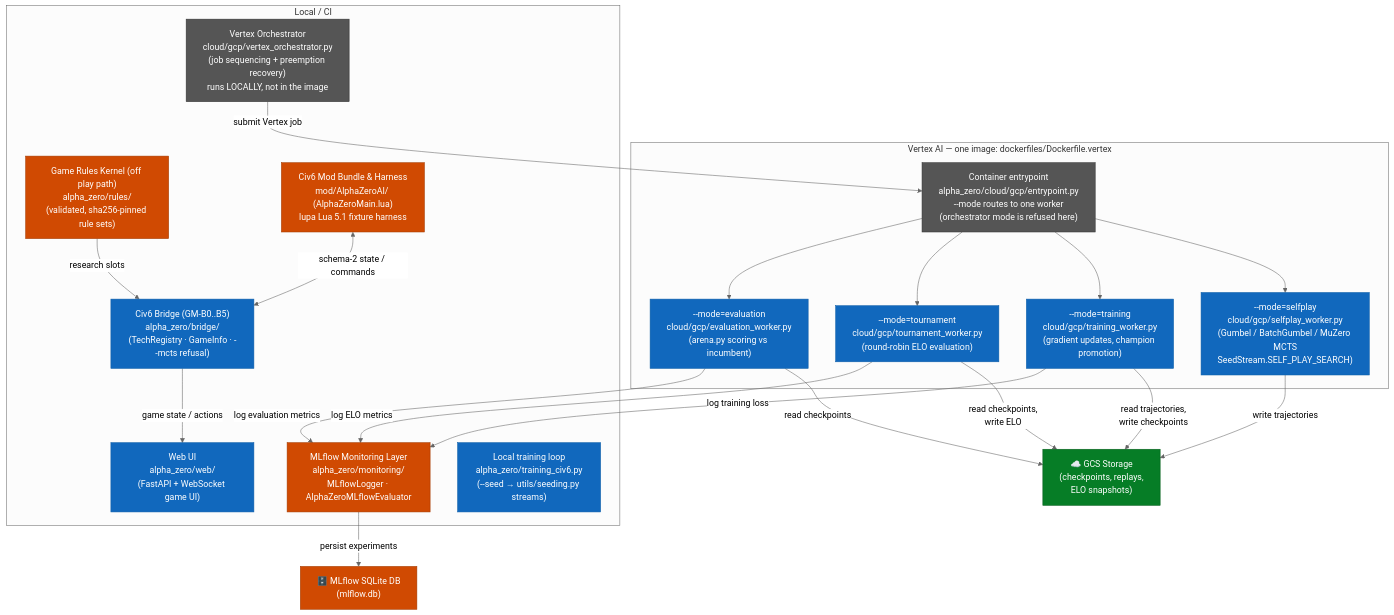
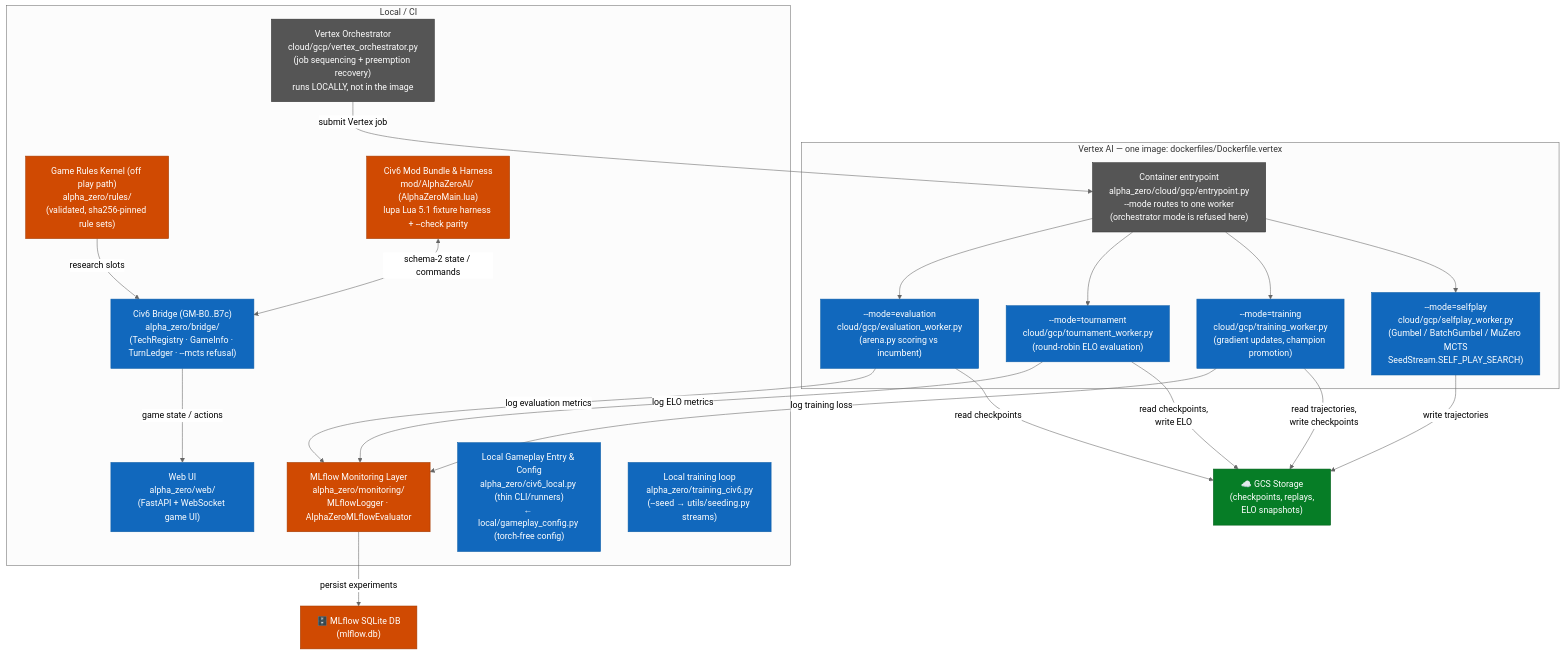
One commit to Mango-Metrics-NLM/Civ6-AlphaZero changed the second of 9 diagrams in docs/architecture/C4_ARCHITECTURE.md. Above: the diagram before and after it, drawn with Mermaid (neutral theme). The commit also changed other lines of this file and 45 other files, not shown here.

First line of the commit message:
fix(live-civ6): verify live mod parity, decompose gameplay config, and harden pre-PR gates

````diff
--- a/docs/architecture/C4_ARCHITECTURE.md
+++ b/docs/architecture/C4_ARCHITECTURE.md
@@ -68,48 +68,49 @@
 ```mermaid
 flowchart TB
     classDef worker fill:#1168BD,color:#fff,stroke:#0E5EA8
     classDef storage fill:#067D26,color:#fff,stroke:#055E1C
     classDef new fill:#D04A02,color:#fff,stroke:#A33A01
     classDef infra fill:#555,color:#fff,stroke:#333
 
     GCS["☁️ GCS Storage\n(checkpoints, replays,\nELO snapshots)"]:::storage
     MLiteDB["🗄️ MLflow SQLite DB\n(mlflow.db)"]:::new
 
     subgraph VertexAI["Vertex AI — one image: dockerfiles/Dockerfile.vertex"]
         Entry["Container entrypoint\nalpha_zero/cloud/gcp/entrypoint.py\n--mode routes to one worker\n(orchestrator mode is refused here)"]:::infra
         SPWorker["--mode=selfplay\ncloud/gcp/selfplay_worker.py\n(Gumbel / BatchGumbel / MuZero MCTS\nSeedStream.SELF_PLAY_SEARCH)"]:::worker
         TrainWorker["--mode=training\ncloud/gcp/training_worker.py\n(gradient updates, champion promotion)"]:::worker
         TournWorker["--mode=tournament\ncloud/gcp/tournament_worker.py\n(round-robin ELO evaluation)"]:::worker
         EvalWorker["--mode=evaluation\ncloud/gcp/evaluation_worker.py\n(arena.py scoring vs incumbent)"]:::worker
     end
 
     subgraph Local["Local / CI"]
         VOrch["Vertex Orchestrator\ncloud/gcp/vertex_orchestrator.py\n(job sequencing + preemption recovery)\nruns LOCALLY, not in the image"]:::infra
         MonLayer["MLflow Monitoring Layer\nalpha_zero/monitoring/\nMLflowLogger · AlphaZeroMLflowEvaluator"]:::new
         WebUI["Web UI\nalpha_zero/web/\n(FastAPI + WebSocket game UI)"]:::worker
         RulesKernel["Game Rules Kernel (off play path)\nalpha_zero/rules/\n(validated, sha256-pinned rule sets)"]:::new
-        Bridge["Civ6 Bridge (GM-B0..B5)\nalpha_zero/bridge/\n(TechRegistry · GameInfo · --mcts refusal)"]:::worker
-        LuaMod["Civ6 Mod Bundle & Harness\nmod/AlphaZeroAI/ (AlphaZeroMain.lua)\nlupa Lua 5.1 fixture harness"]:::new
+        LocalCfg["Local Gameplay Entry & Config\nalpha_zero/civ6_local.py (thin CLI/runners)\n← local/gameplay_config.py (torch-free config)"]:::worker
+        Bridge["Civ6 Bridge (GM-B0..B7c)\nalpha_zero/bridge/\n(TechRegistry · GameInfo · TurnLedger · --mcts refusal)"]:::worker
+        LuaMod["Civ6 Mod Bundle & Harness\nmod/AlphaZeroAI/ (AlphaZeroMain.lua)\nlupa Lua 5.1 fixture harness + --check parity"]:::new
         TrainLoop["Local training loop\nalpha_zero/training_civ6.py\n(--seed → utils/seeding.py streams)"]:::worker
     end
 
     VOrch -->|"submit Vertex job"| Entry
     Entry --> SPWorker
     Entry --> TrainWorker
     Entry --> TournWorker
     Entry --> EvalWorker
 
     SPWorker -->|"write trajectories"| GCS
     TrainWorker -->|"read trajectories,\nwrite checkpoints"| GCS
     TournWorker -->|"read checkpoints,\nwrite ELO"| GCS
     EvalWorker -->|"read checkpoints"| GCS
 
     EvalWorker -->|"log evaluation metrics"| MonLayer
     TournWorker -->|"log ELO metrics"| MonLayer
     TrainWorker -->|"log training loss"| MonLayer
     MonLayer -->|"persist experiments"| MLiteDB
 
     RulesKernel -->|"research slots"| Bridge
     LuaMod <-->|"schema-2 state / commands"| Bridge
     Bridge -->|"game state / actions"| WebUI
 ```
````
